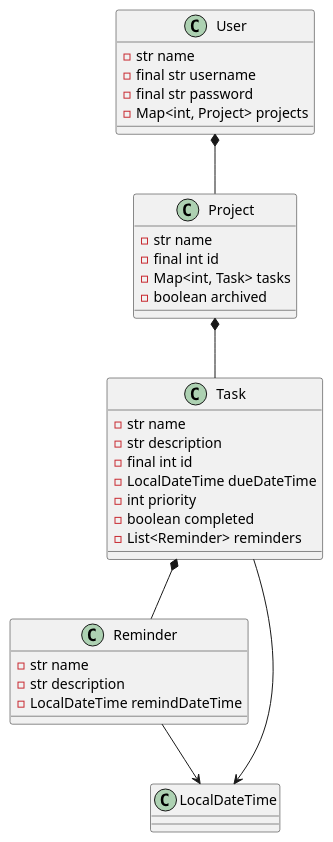
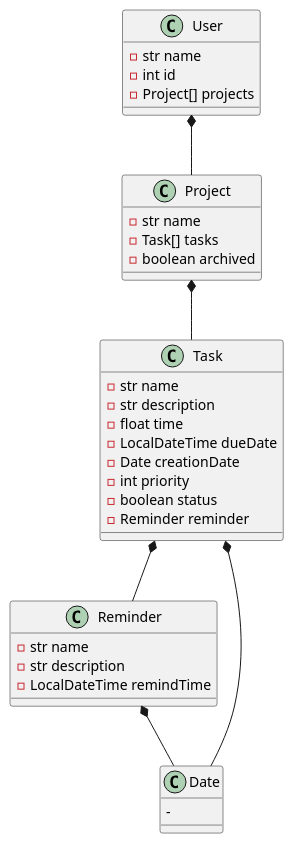
Before and after one commit to earnestma/csc207-project: the diagram in classes.puml, drawn with PlantUML. The commit also changed 5 other files, not shown here.

```diff
--- a/classes.puml
+++ b/classes.puml
@@ -1,44 +1,44 @@
 @startuml
 'https://plantuml.com/class-diagram
 
-'Composition Relations (A has B)'
+
 User *-- Project
 Project *-- Task
 Task *-- Reminder
-
-'Dependency Relations (A use B)'
-Task --> LocalDateTime
-Reminder --> LocalDateTime
+Task *-- Date
+Reminder *-- Date
 
 class Task {
 - str name
 - str description
-- final int id
-- LocalDateTime dueDateTime
+- float time
+- LocalDateTime dueDate
+- Date creationDate
 - int priority
-- boolean completed
-- List<Reminder> reminders
+- boolean status
+- Reminder reminder
 }
 
 class Project {
 - str name
-- final int id
-- Map<int, Task> tasks
+- Task[] tasks
 - boolean archived
 }
 
-class User {
+class User{
 - str name
-- final str username
-- final str password
-- Map<int, Project> projects
+- int id
+- Project[] projects
 }
 
-class Reminder {
+class Reminder{
 - str name
 - str description
-- LocalDateTime remindDateTime
+- LocalDateTime remindTime
 }
 
+class Date{
+-
+}
 
 @enduml
```
